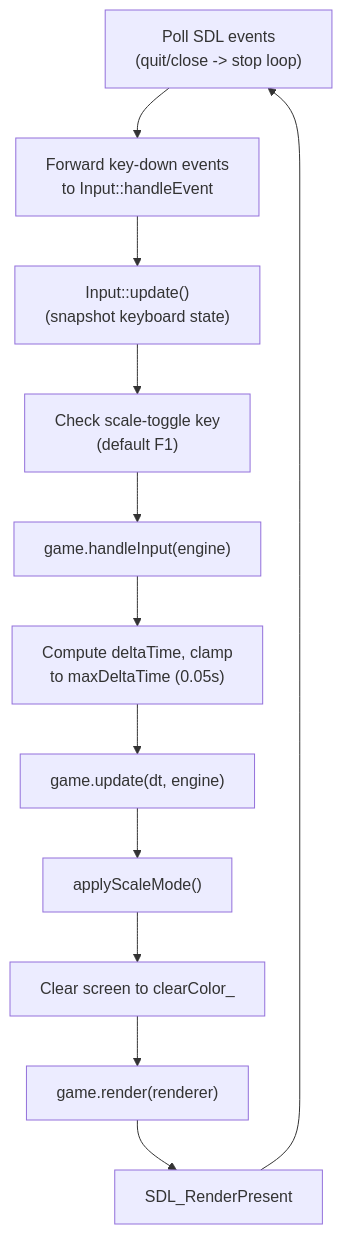
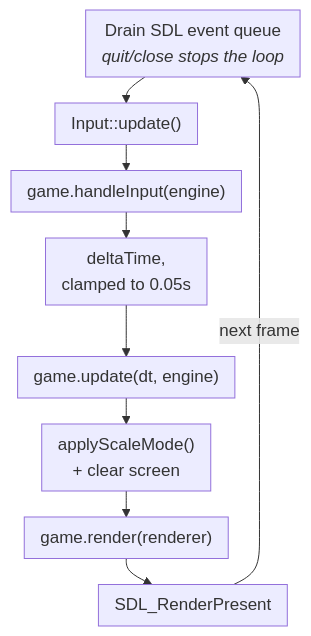
Before and after one commit to CSC581/shared-engine: the second of 4 diagrams in docs/Engine_Reference_Trimmed.md, drawn with Mermaid. The commit also changed 1 other file, not shown here.

Commit message:
final doc

````diff
--- a/docs/Engine_Reference_Trimmed.md
+++ b/docs/Engine_Reference_Trimmed.md
@@ -103,16 +103,15 @@
 ```mermaid
+%%{init: {"flowchart": {"nodeSpacing": 16, "rankSpacing": 26, "padding": 8}, "themeVariables": {"fontSize": "17px"}}}%%
 flowchart TD
-    pollEvents["Poll SDL events<br/>(quit/close -> stop loop)"]
-    forwardEvents["Forward key-down events<br/>to Input::handleEvent"]
-    inputUpdate["Input::update()<br/>(snapshot keyboard state)"]
-    scaleToggle["Check scale-toggle key<br/>(default F1)"]
-    handleInput["game.handleInput(engine)"]
-    computeDt["Compute deltaTime, clamp<br/>to maxDeltaTime (0.05s)"]
-    update["game.update(dt, engine)"]
-    applyScale["applyScaleMode()"]
-    clear["Clear screen to clearColor_"]
-    render["game.render(renderer)"]
+    events["Drain SDL event queue<br/><i>quit/close stops the loop</i>"]
+    input["Input::update()"]
+    game_in["game.handleInput(engine)"]
+    dt["deltaTime, <br/>clamped to 0.05s"]
+    game_up["game.update(dt, engine)"]
+    scale["applyScaleMode() <br/>+ clear screen"]
+    game_dr["game.render(renderer)"]
     present["SDL_RenderPresent"]
 
-    pollEvents --> forwardEvents --> inputUpdate --> scaleToggle --> handleInput --> computeDt --> update --> applyScale --> clear --> render --> present --> pollEvents
+    events --> input --> game_in --> dt --> game_up --> scale --> game_dr --> present
+    present -->|"next frame"| events
 ```
````
